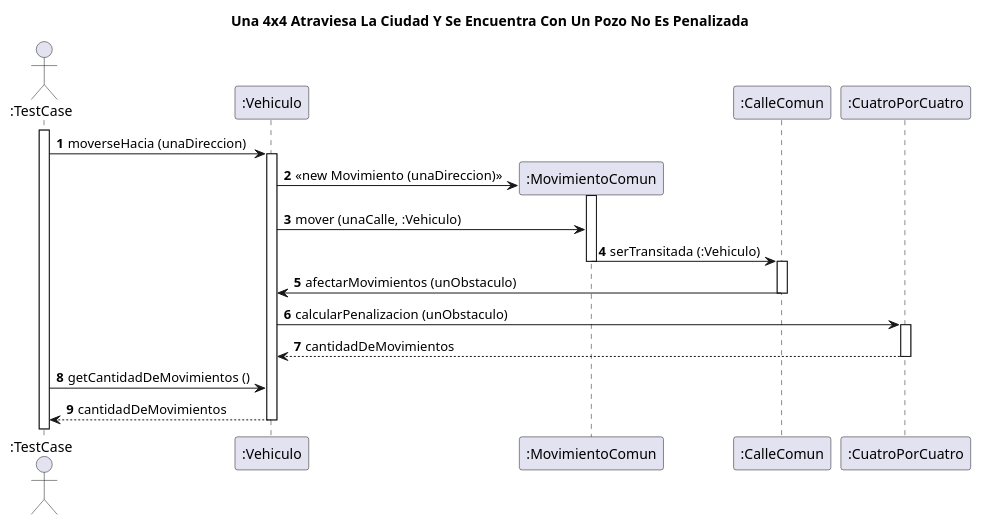
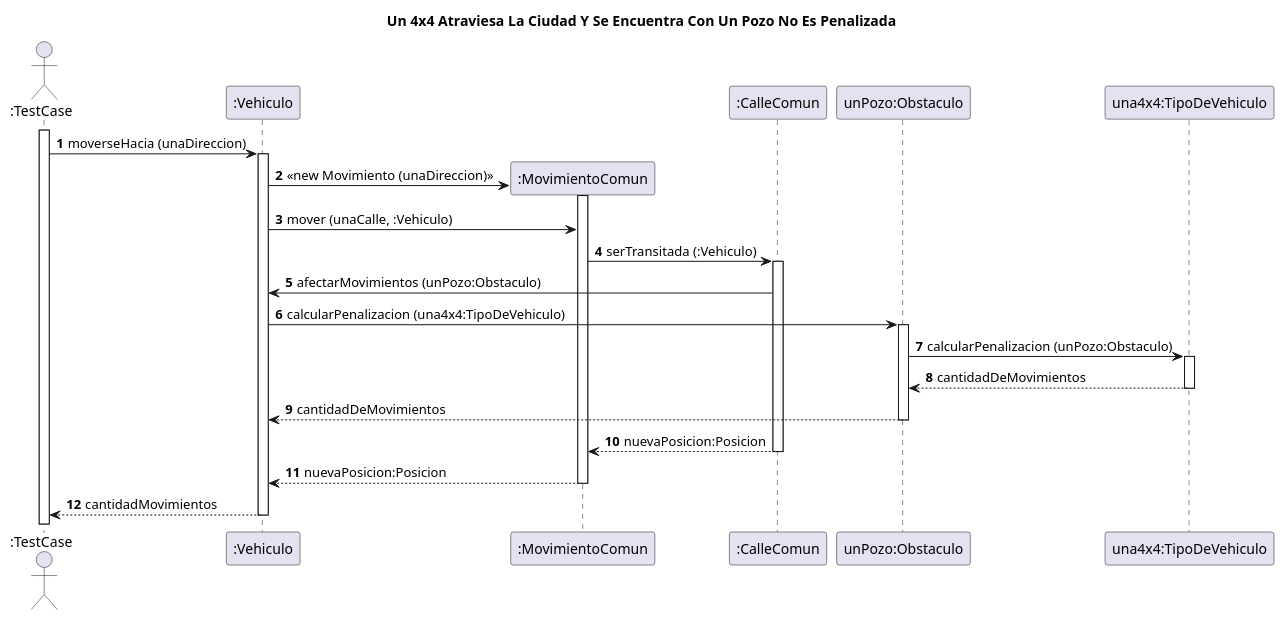
One commit to FacundoBaez1994/Algo3Tp2 changed the diagram in diagrams/sequences/Una4x4AtraviesaLaCiudadYSeEncuentraConUnPozoNoEsPenalizada.puml. Above: the diagram before and after it, drawn with PlantUML. The commit also changed 3 other files, not shown here.

Commit message:
actualizacion de los diagramas de secuencias relacionados con pozo y piquete

```diff
--- a/diagrams/sequences/Una4x4AtraviesaLaCiudadYSeEncuentraConUnPozoNoEsPenalizada.puml
+++ b/diagrams/sequences/Una4x4AtraviesaLaCiudadYSeEncuentraConUnPozoNoEsPenalizada.puml
@@ -1,27 +1,27 @@
 @startuml
 'https://plantuml.com/sequence-diagram
-title Una 4x4 Atraviesa La Ciudad Y Se Encuentra Con Un Pozo No Es Penalizada
+title Un 4x4 Atraviesa La Ciudad Y Se Encuentra Con Un Pozo No Es Penalizada
 autonumber
 actor ":TestCase"
 Activate ":TestCase"
-   ":TestCase" -> ":Vehiculo": moverseHacia (unaDireccion)
-    Activate ":Vehiculo"
-    create ":MovimientoComun"
-    ":Vehiculo" -> ":MovimientoComun": <<new Movimiento (unaDireccion) >>
-    Activate ":MovimientoComun"
-    ":Vehiculo" -> ":MovimientoComun": mover (unaCalle, :Vehiculo)
-    ":MovimientoComun" -> ":CalleComun": serTransitada (:Vehiculo)
-    Deactivate ":MovimientoComun"
-    Activate ":CalleComun"
-    ":CalleComun" -> ":Vehiculo": afectarMovimientos (unObstaculo)
-    Deactivate ":CalleComun"
-    ":Vehiculo" -> ":CuatroPorCuatro": calcularPenalizacion (unObstaculo)
-    Activate ":CuatroPorCuatro"
-    ":Vehiculo" <-- ":CuatroPorCuatro": cantidadDeMovimientos
-    Deactivate ":CuatroPorCuatro"
-    ":TestCase"  -> ":Vehiculo": getCantidadDeMovimientos ()
-    ":TestCase"  <-- ":Vehiculo": cantidadDeMovimientos
-    Deactivate ":Vehiculo"
+":TestCase" -> ":Vehiculo": moverseHacia (unaDireccion)
+Activate ":Vehiculo"
+create ":MovimientoComun"
+":Vehiculo" -> ":MovimientoComun": <<new Movimiento (unaDireccion) >>
+Activate ":MovimientoComun"
+":Vehiculo" -> ":MovimientoComun": mover (unaCalle, :Vehiculo)
+":MovimientoComun" -> ":CalleComun": serTransitada (:Vehiculo)
+Activate ":CalleComun"
+":CalleComun" -> ":Vehiculo": afectarMovimientos (unPozo:Obstaculo)
+":Vehiculo" -> "unPozo:Obstaculo": calcularPenalizacion (una4x4:TipoDeVehiculo)
+Activate "unPozo:Obstaculo"
+"unPozo:Obstaculo" -> "una4x4:TipoDeVehiculo": calcularPenalizacion (unPozo:Obstaculo)
+Activate "una4x4:TipoDeVehiculo"
+return cantidadDeMovimientos
+return cantidadDeMovimientos
+return nuevaPosicion:Posicion
+return nuevaPosicion:Posicion
+return cantidadMovimientos
 
 
 @enduml
```
